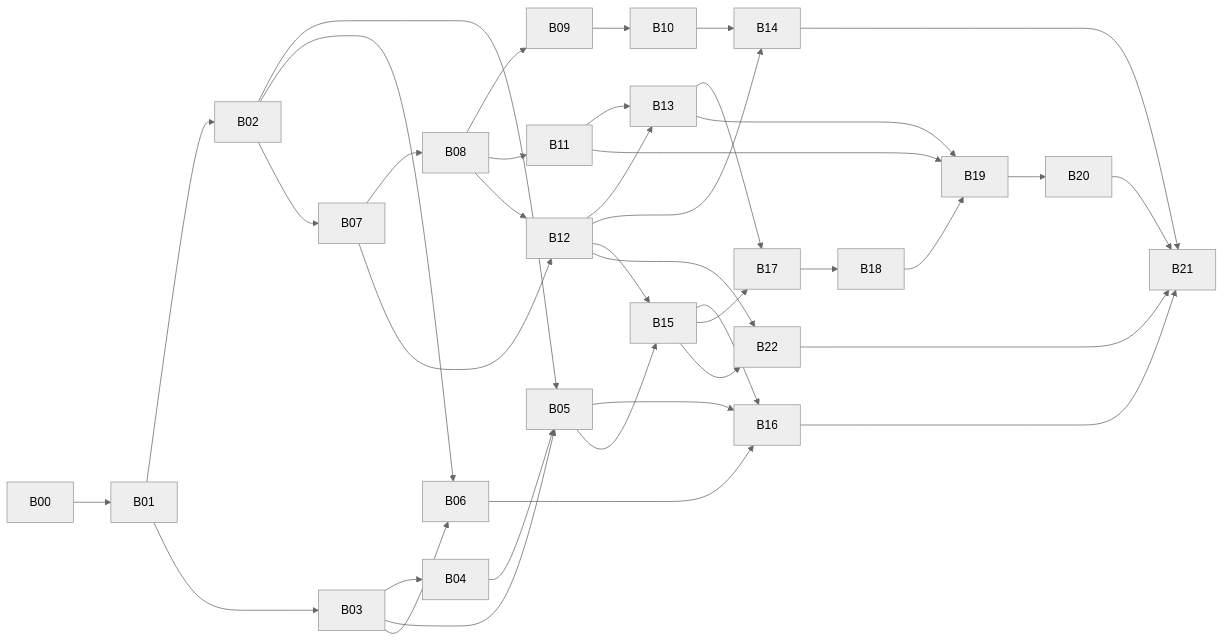
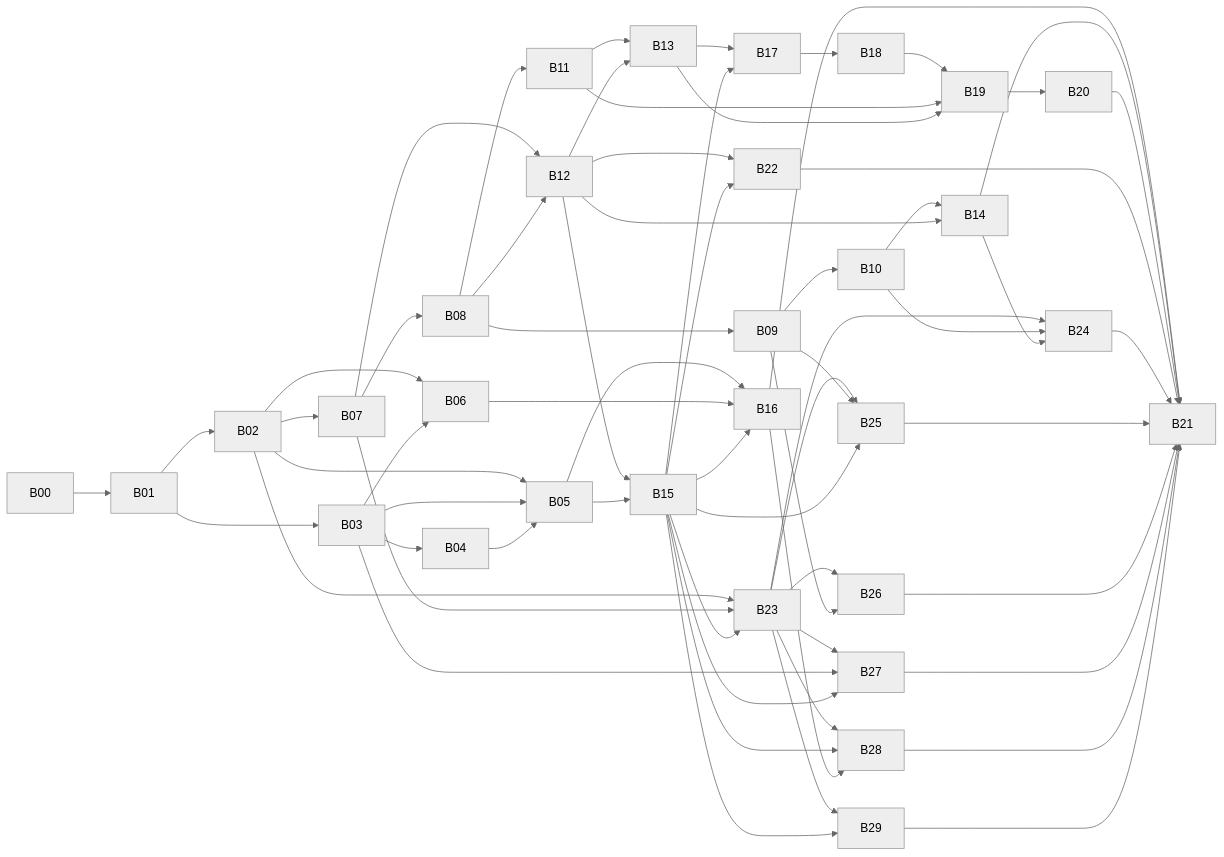
Before and after one commit to ApiHuaQiPro/maccms.java: the diagram in docs/architecture/09-roadmap.md, drawn with Mermaid (neutral theme). The commit also changed other lines of this file, not shown here.

First line of the commit message:
docs(architecture): 路线图按用户 D1 决定定稿，待决只剩 D9 (MACC-24)

````diff
--- a/docs/architecture/09-roadmap.md
+++ b/docs/architecture/09-roadmap.md
@@ -209,38 +279,63 @@
 ```mermaid title="批次依赖（实线为必须串行；同一层内无连线的批次可以并行）"
 graph LR
   B00 --> B01
   B01 --> B02
   B01 --> B03
   B03 --> B04
   B02 --> B05
   B03 --> B05
   B04 --> B05
   B02 --> B06
   B03 --> B06
   B02 --> B07
   B07 --> B08
   B08 --> B09 --> B10
   B08 --> B11
   B07 --> B12
   B08 --> B12
   B11 --> B13
   B12 --> B13
   B10 --> B14
   B12 --> B14
   B12 --> B15
   B05 --> B16
   B06 --> B16
   B15 --> B16
   B13 --> B17
   B15 --> B17
   B17 --> B18 --> B19 --> B20
   B11 --> B19
   B13 --> B19
   B16 --> B21
   B14 --> B21
   B20 --> B21
   B12 --> B22
   B15 --> B22
   B22 --> B21
   B05 --> B15
+  B02 --> B23
+  B07 --> B23
+  B15 --> B23
+  B23 --> B24
+  B10 --> B24
+  B14 --> B24
+  B23 --> B25
+  B09 --> B25
+  B15 --> B25
+  B23 --> B26
+  B09 --> B26
+  B23 --> B27
+  B03 --> B27
+  B15 --> B27
+  B23 --> B28
+  B15 --> B28
+  B16 --> B28
+  B23 --> B29
+  B15 --> B29
+  B24 --> B21
+  B25 --> B21
+  B26 --> B21
+  B27 --> B21
+  B28 --> B21
+  B29 --> B21
 ```
````
